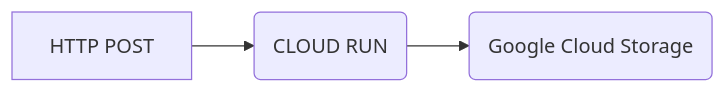
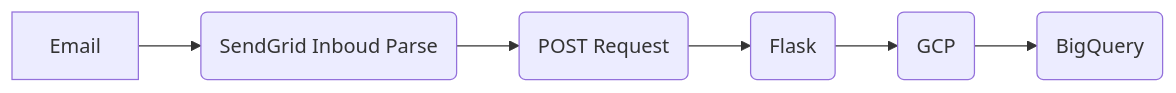
Before and after one commit to nate-sha/sendgrid-to-gcs: the diagram in README.md, drawn with Mermaid. The commit also changed other lines of this file, not shown here.

````diff
--- a/README.md
+++ b/README.md
@@ -5,6 +9,8 @@
 ```mermaid
 graph LR
-A[HTTP POST] --> B(CLOUD RUN)
-B --> C(Google Cloud Storage)
-
+A[Email] --> B(SendGrid Inboud Parse)
+B --> C(POST Request)
+C --> D(Flask)
+D --> E(GCP)
+E --> F(BigQuery)
 ```
````
